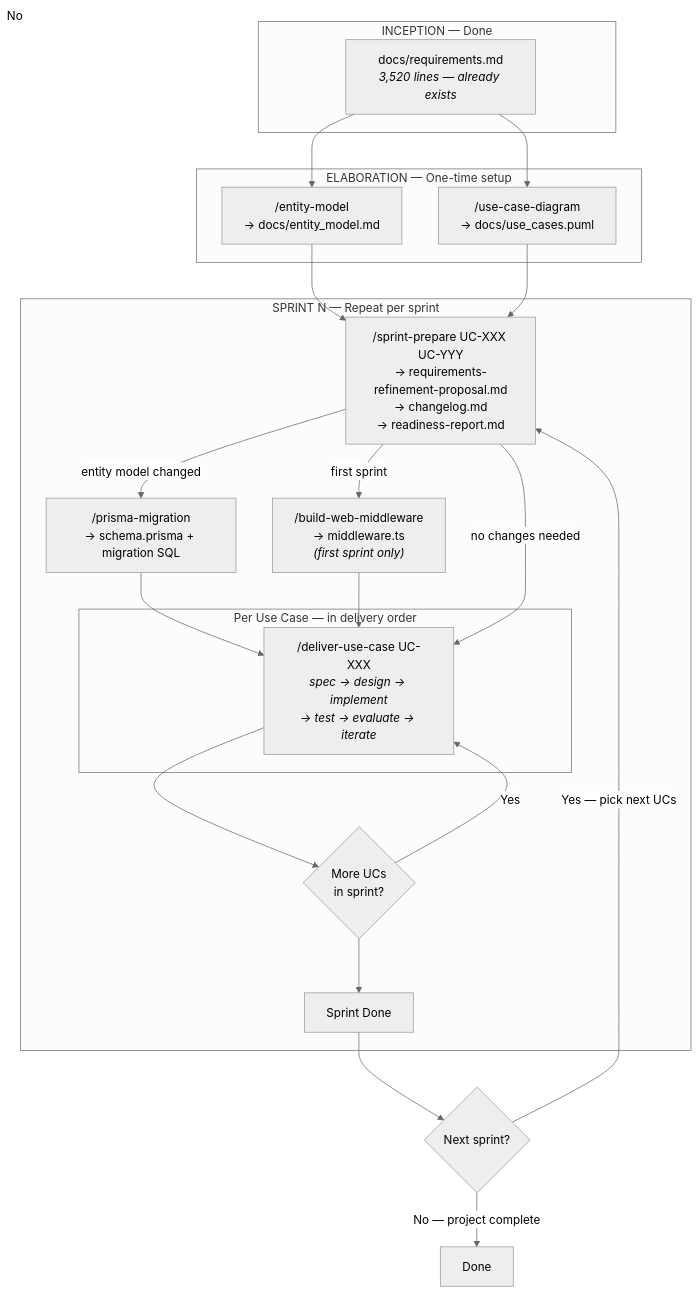
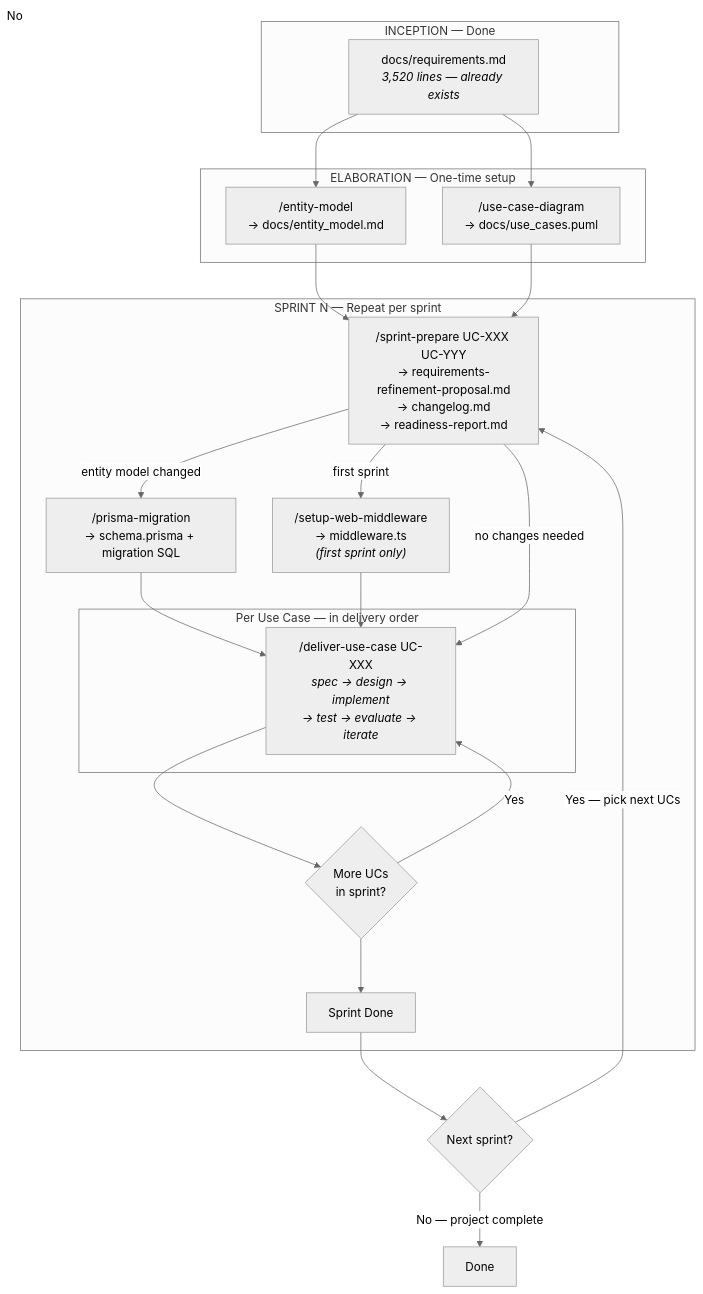
One commit to nexadevapp/nexa-claude-skills-marketplace changed the diagram in dry-run-project/docs/pipeline-overview.md. Above: the diagram before and after it, drawn with Mermaid (neutral theme). The commit also changed other lines of this file and 8 other files, not shown here.

````diff
--- a/dry-run-project/docs/pipeline-overview.md
+++ b/dry-run-project/docs/pipeline-overview.md
@@ -5,43 +5,43 @@
 ```mermaid
 graph TD
     subgraph "INCEPTION — Done"
         REQ["docs/requirements.md<br/><i>3,520 lines — already exists</i>"]
     end
 
     subgraph "ELABORATION — One-time setup"
         EM["/entity-model<br/>→ docs/entity_model.md"]
         UCD["/use-case-diagram<br/>→ docs/use_cases.puml"]
     end
 
     subgraph "SPRINT N — Repeat per sprint"
         PS["/sprint-prepare UC-XXX UC-YYY<br/>→ requirements-refinement-proposal.md<br/>→ changelog.md<br/>→ readiness-report.md"]
 
         PM["/prisma-migration<br/>→ schema.prisma + migration SQL"]
-        MW["/build-web-middleware<br/>→ middleware.ts<br/><i>(first sprint only)</i>"]
+        MW["/setup-web-middleware<br/>→ middleware.ts<br/><i>(first sprint only)</i>"]
 
         subgraph "Per Use Case — in delivery order"
             DUC["/deliver-use-case UC-XXX<br/><i>spec → design → implement<br/>→ test → evaluate → iterate</i>"]
         end
 
         NEXT{"More UCs<br/>in sprint?"}
         SPRINT_DONE["Sprint Done"]
     end
 
     NEXT_SPRINT{"Next sprint?"}
 
     REQ --> EM
     REQ --> UCD
     EM --> PS
     UCD --> PS
     PS -->|"entity model changed"| PM
     PS -->|"first sprint"| MW
     PM --> DUC
     MW --> DUC
     PS -->|"no changes needed"| DUC
     DUC --> NEXT
     NEXT -->|Yes| DUC
     NEXT -->|No| SPRINT_DONE
     SPRINT_DONE --> NEXT_SPRINT
     NEXT_SPRINT -->|"Yes — pick next UCs"| PS
     NEXT_SPRINT -->|"No — project complete"| DONE["Done"]
 ```
````
